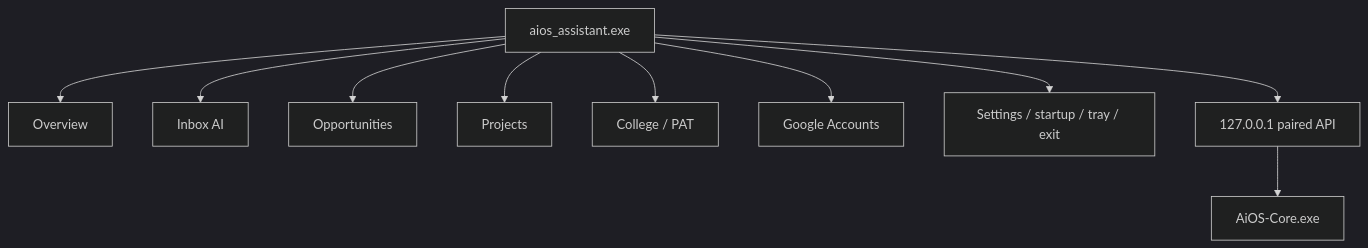
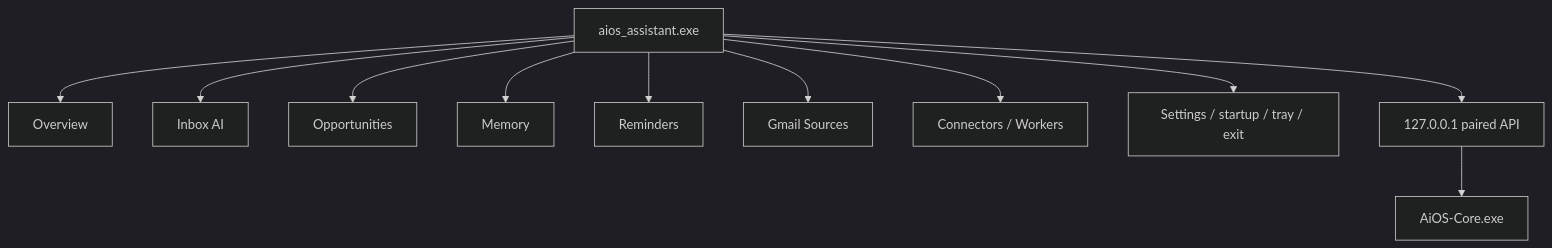
One commit to AnuranjanJain/aios-assistant changed the second of 2 diagrams in README.md. Above: the diagram before and after it, drawn with Mermaid (dark theme). The commit also changed other lines of this file and 2 other files, not shown here.

````diff
--- a/README.md
+++ b/README.md
@@ -143,12 +142,13 @@
 ```mermaid
 flowchart TB
     W["aios_assistant.exe"] --> O["Overview"]
     W --> I["Inbox AI"]
     W --> H["Opportunities"]
-    W --> P["Projects"]
-    W --> C["College / PAT"]
-    W --> G["Google Accounts"]
+    W --> M["Memory"]
+    W --> R["Reminders"]
+    W --> G["Gmail Sources"]
+    W --> C["Connectors / Workers"]
     W --> S["Settings / startup / tray / exit"]
     W --> A["127.0.0.1 paired API"]
     A --> K["AiOS-Core.exe"]
 ```
````
